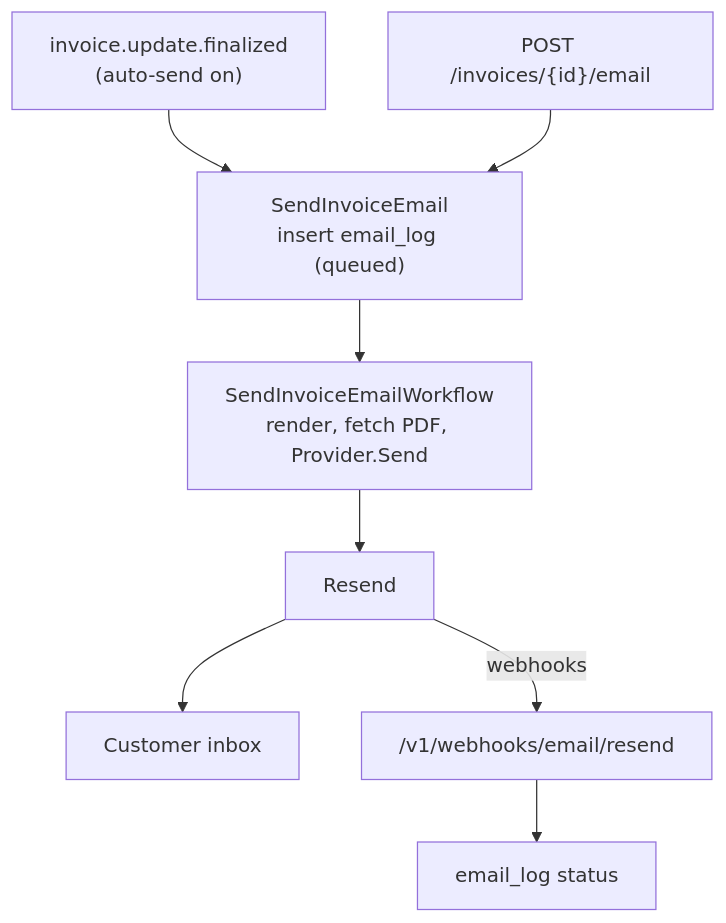
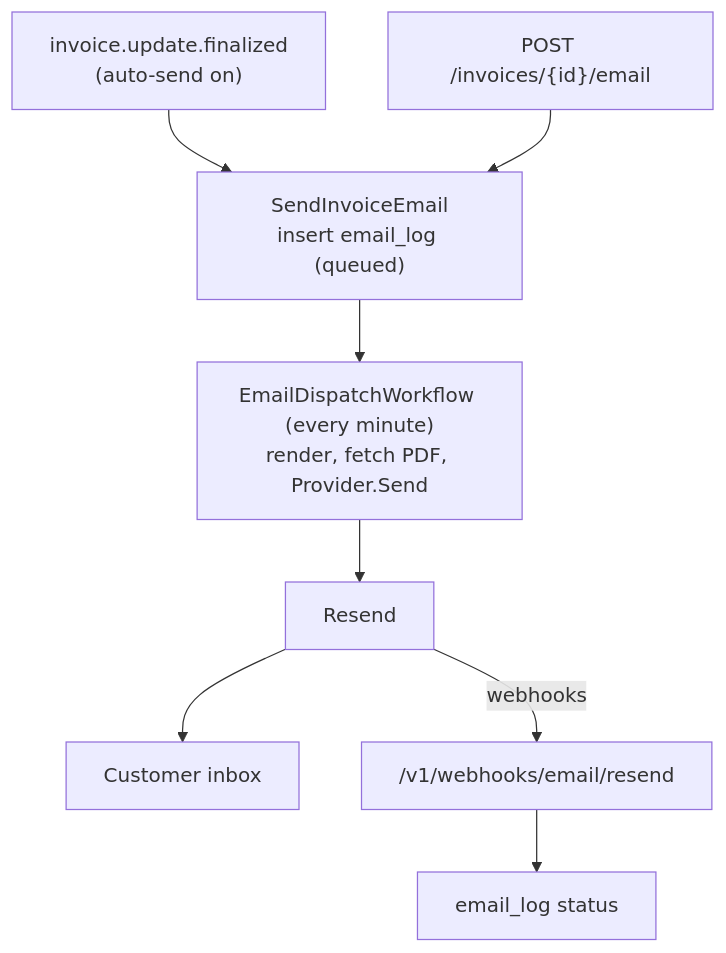
One commit to flexprice/flexprice changed the first of 2 diagrams in docs/design/2026-11-06-invoice-email-erd.md. Above: the diagram before and after it, drawn with Mermaid. The commit also changed other lines of this file and 22 other files, not shown here.

First line of the commit message:
feat(invoice-email): send queued emails from a scheduled dispatcher

````diff
--- a/docs/design/2026-11-06-invoice-email-erd.md
+++ b/docs/design/2026-11-06-invoice-email-erd.md
@@ -47,10 +47,10 @@
 ```mermaid
 flowchart TD
   A["invoice.update.finalized<br>(auto-send on)"] --> S
   M["POST /invoices/{id}/email"] --> S
   S["SendInvoiceEmail<br>insert email_log (queued)"] --> W
-  W["SendInvoiceEmailWorkflow<br>render, fetch PDF, Provider.Send"] --> X["Resend"]
+  W["EmailDispatchWorkflow (every minute)<br>render, fetch PDF, Provider.Send"] --> X["Resend"]
   X --> I["Customer inbox"]
   X -->|webhooks| H["/v1/webhooks/email/resend"]
   H --> L["email_log status"]
 ```
````
